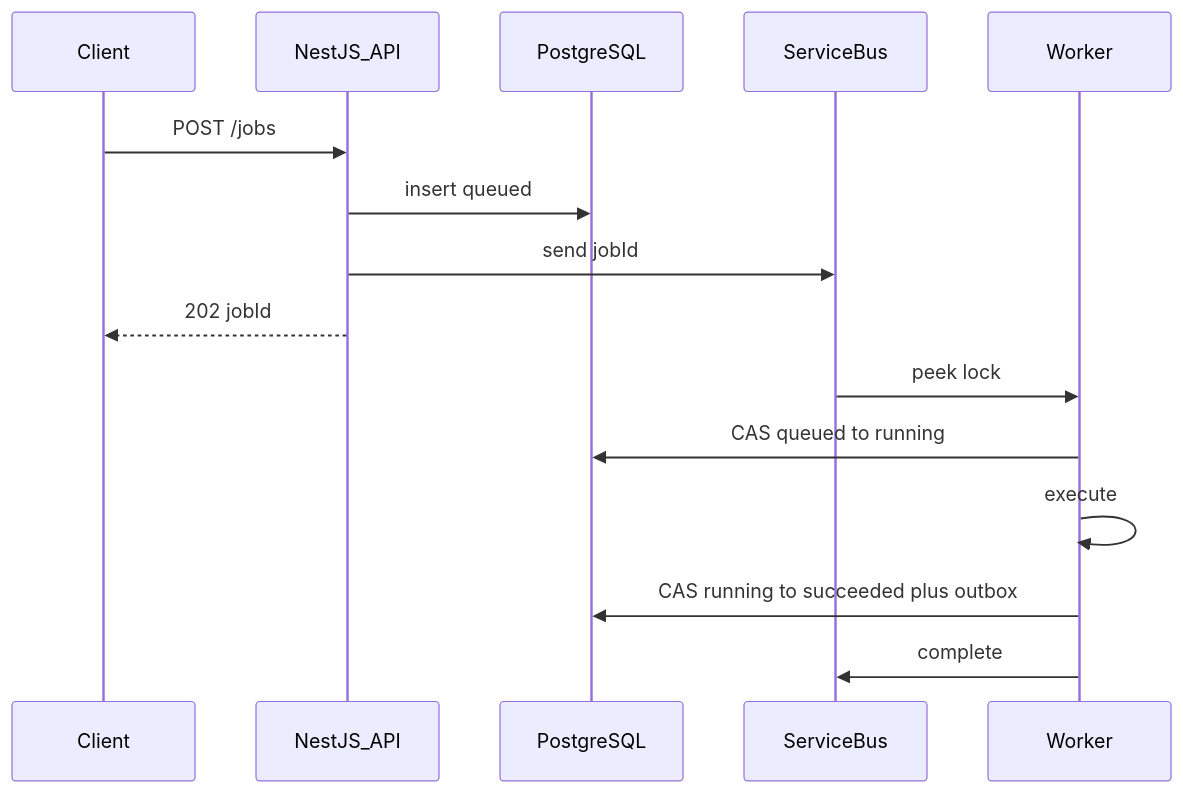
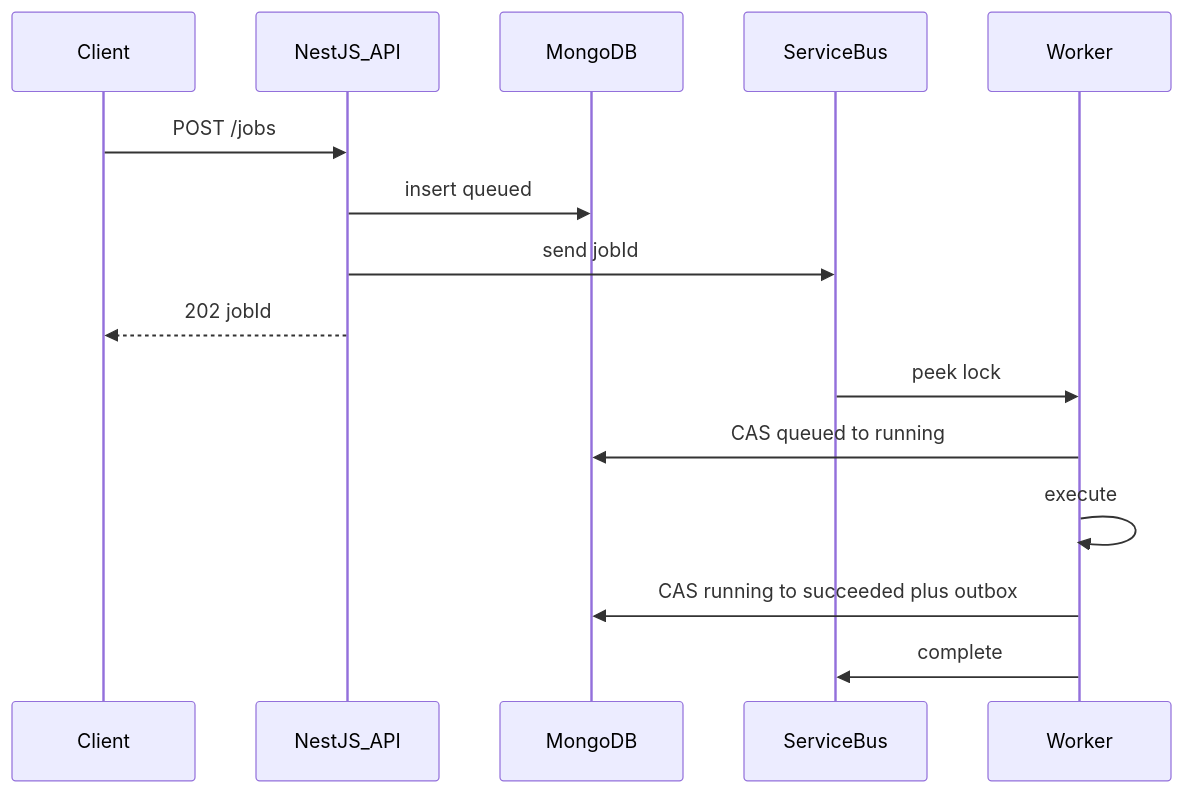
The second of 3 diagrams in ARCHITECTURE.md (apintado11/makai-async-jobs), drawn with Mermaid before and after one commit. The commit also changed other lines of this file and 1 other file, not shown here.

Commit message:
Use MongoDB as the job store instead of PostgreSQL.

````diff
--- a/ARCHITECTURE.md
+++ b/ARCHITECTURE.md
@@ -59,18 +61,18 @@
 ```mermaid
 sequenceDiagram
   participant C as Client
   participant API as NestJS_API
-  participant DB as PostgreSQL
+  participant DB as MongoDB
   participant SB as ServiceBus
   participant W as Worker
 
   C->>API: POST /jobs
   API->>DB: insert queued
   API->>SB: send jobId
   API-->>C: 202 jobId
   SB->>W: peek lock
   W->>DB: CAS queued to running
   W->>W: execute
   W->>DB: CAS running to succeeded plus outbox
   W->>SB: complete
 ```
````
